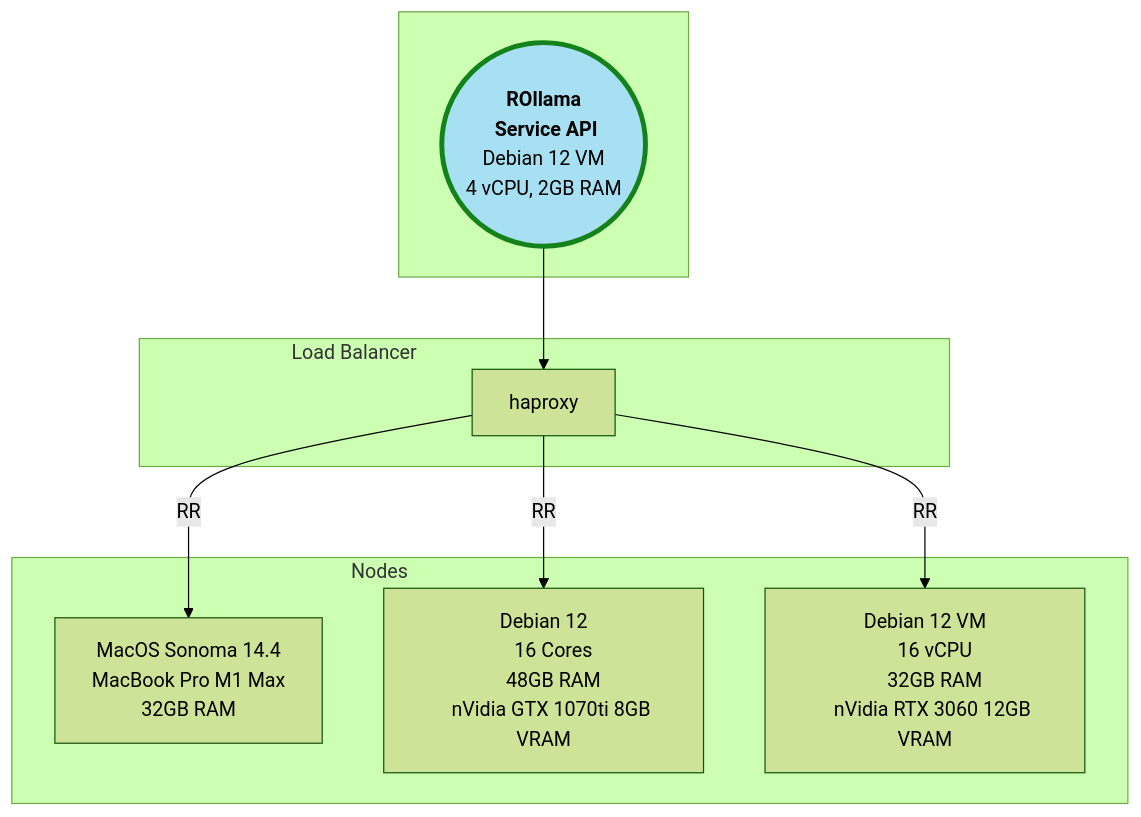
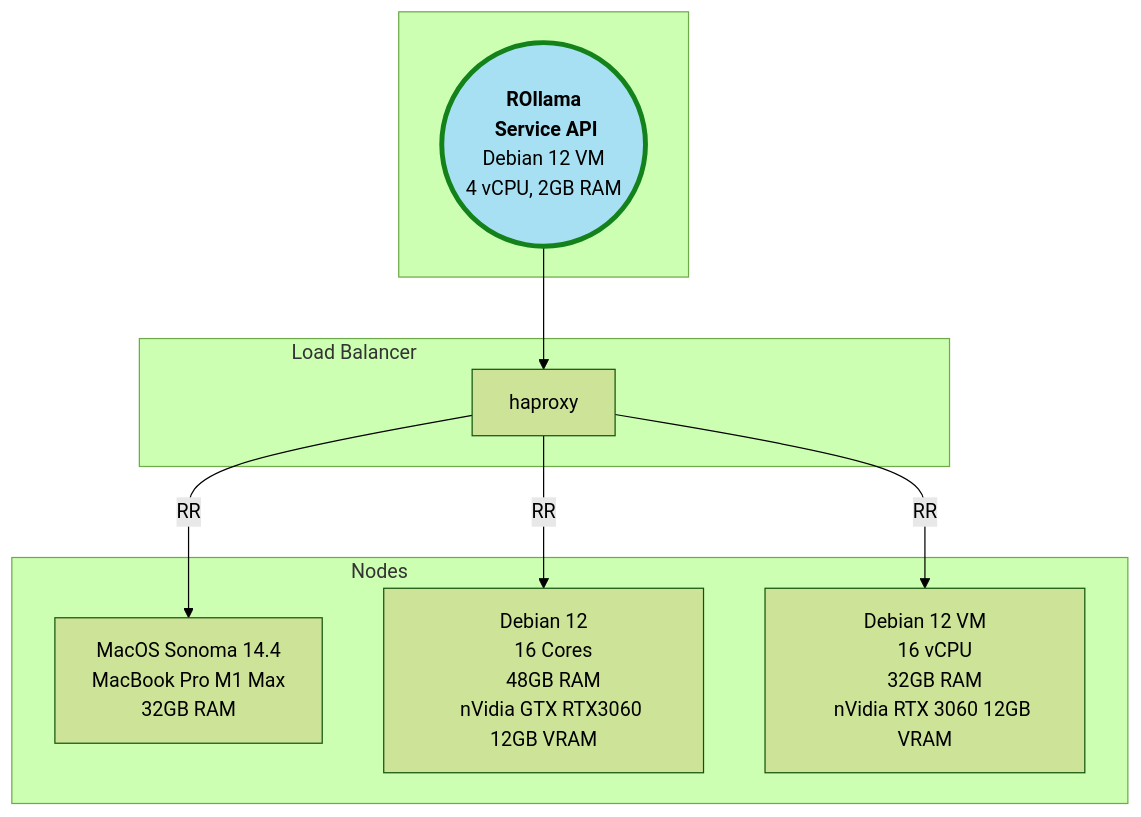
One commit to ovaisq/LLM-RedditScraper changed the second of 4 diagrams in README.md. Above: the diagram before and after it, drawn with Mermaid. The commit also changed 2 other files, not shown here.

Commit message:
fixed a bug in join new subs

````diff
--- a/README.md
+++ b/README.md
@@ -73,33 +73,33 @@
 ```mermaid
 %%{init: {'theme': 'forest'}}%%
 graph TD;
     style R fill:#a7e0f2,stroke:#13821a,stroke-width:4px
   subgraph ROllama[ ]
   R(("`**ROllama
     &nbsp&nbsp&nbsp&nbspService&nbspAPI**`"&nbsp&nbsp&nbsp
     Debian 12 VM
     &nbsp&nbsp&nbsp4 vCPU, 2GB RAM&nbsp&nbsp&nbsp ))
   end
   subgraph Load_Balancer["Load Balancer"&nbsp&nbsp&nbsp&nbsp&nbsp&nbsp&nbsp&nbsp&nbsp&nbsp&nbsp&nbsp&nbsp&nbsp&nbsp&nbsp&nbsp&nbsp&nbsp&nbsp&nbsp&nbsp&nbsp&nbsp&nbsp&nbsp&nbsp&nbsp&nbsp&nbsp&nbsp&nbsp&nbsp&nbsp&nbsp&nbsp&nbsp&nbsp&nbsp&nbsp&nbsp&nbsp&nbsp&nbsp&nbsp&nbsp&nbsp&nbsp&nbsp&nbsp&nbsp&nbsp&nbsp&nbsp&nbsp&nbsp&nbsp&nbsp&nbsp&nbsp&nbsp&nbsp&nbsp&nbsp&nbsp&nbsp&nbsp&nbsp&nbsp&nbsp&nbsp&nbsp&nbsp&nbsp&nbsp&nbsp&nbsp&nbsp]
     Nginx[haproxy]
   end
 
   subgraph Nodes["Nodes"&nbsp&nbsp&nbsp&nbsp&nbsp&nbsp&nbsp&nbsp&nbsp&nbsp&nbsp&nbsp&nbsp&nbsp&nbsp&nbsp&nbsp&nbsp&nbsp&nbsp&nbsp&nbsp&nbsp&nbsp&nbsp&nbsp&nbsp&nbsp&nbsp&nbsp&nbsp&nbsp&nbsp&nbsp&nbsp&nbsp&nbsp&nbsp&nbsp&nbsp&nbsp&nbsp&nbsp&nbsp&nbsp&nbsp&nbsp&nbsp&nbsp&nbsp&nbsp&nbsp&nbsp&nbsp&nbsp&nbsp&nbsp&nbsp&nbsp&nbsp&nbsp&nbsp&nbsp&nbsp&nbsp&nbsp&nbsp&nbsp&nbsp&nbsp&nbsp&nbsp&nbsp&nbsp&nbsp&nbsp&nbsp&nbsp]
     Node1[MacOS Sonoma 14.4
     MacBook Pro M1 Max
     32GB RAM]
     Node2[Debian 12
     16 Cores
     48GB RAM
-    nVidia GTX 1070ti 8GB VRAM]
+    nVidia GTX RTX3060 12GB VRAM]
     Node3[Debian 12 VM
     16 vCPU
     32GB RAM
     nVidia RTX 3060 12GB VRAM]
   end
 
   Nginx -- RR --> Node1
   Nginx -- RR --> Node2
   Nginx -- RR --> Node3
   R --> Nginx
 ```
````
